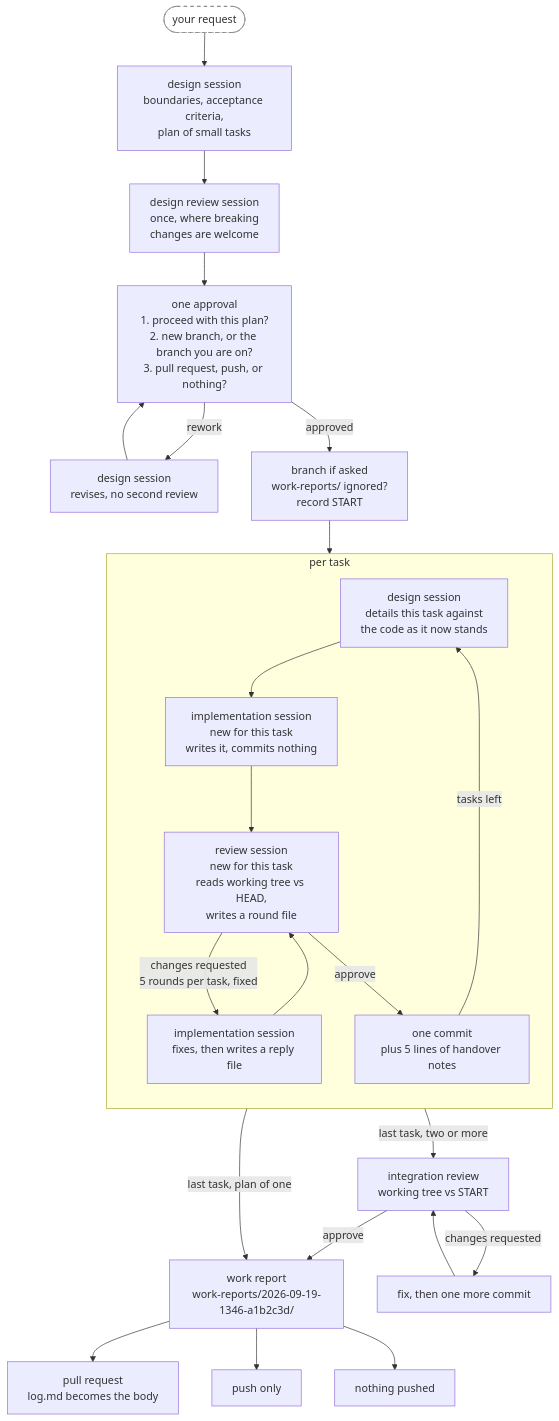
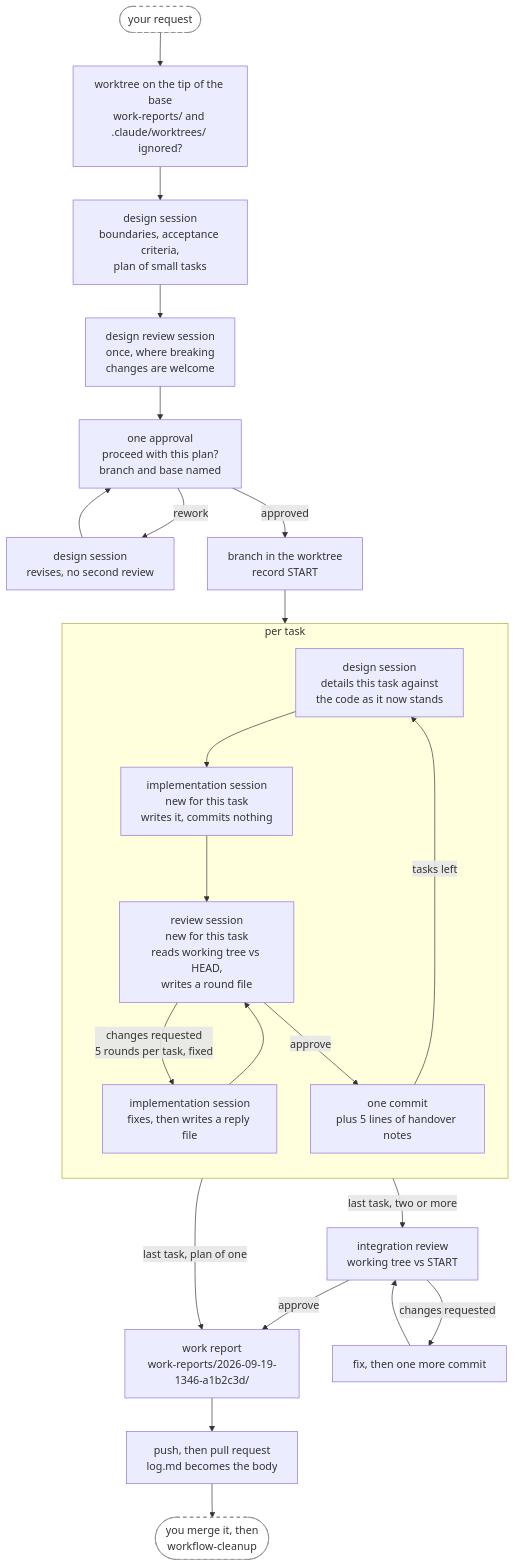
Before and after one commit to annetaan/claude-plugins: the second of 4 diagrams in plugins/annetaan/README.md, drawn with Mermaid. The commit also changed other lines of this file and 7 other files, not shown here.

First line of the commit message:
feat: run standalone workflow in a worktree, always open a pull request, and add workflow-cleanup (#44)

````diff
--- a/plugins/annetaan/README.md
+++ b/plugins/annetaan/README.md
@@ -112,34 +113,33 @@
 ```mermaid
 flowchart TD
-    req(["your request"]) --> design["design session<br/>boundaries, acceptance criteria,<br/>plan of small tasks"]
-    design --> dreview["design review session<br/>once, where breaking<br/>changes are welcome"] --> ask["one approval<br/>1. proceed with this plan?<br/>2. new branch, or the branch you are on?<br/>3. pull request, push, or nothing?"]
+    req(["your request"]) --> wt["worktree on the tip of the base<br/>work-reports/ and .claude/worktrees/ ignored?"] --> design["design session<br/>boundaries, acceptance criteria,<br/>plan of small tasks"]
+    design --> dreview["design review session<br/>once, where breaking<br/>changes are welcome"] --> ask["one approval<br/>proceed with this plan?<br/>branch and base named"]
     ask -->|rework| redo["design session<br/>revises, no second review"] --> ask
-    ask -->|approved| setup["branch if asked<br/>work-reports/ ignored?<br/>record START"]
+    ask -->|approved| setup["branch in the worktree<br/>record START"]
     setup --> detail
 
     subgraph task["per task"]
         direction TB
         detail["design session<br/>details this task against<br/>the code as it now stands"]
         impl["implementation session<br/>new for this task<br/>writes it, commits nothing"]
         review["review session<br/>new for this task<br/>reads working tree vs HEAD,<br/>writes a round file"]
         respond["implementation session<br/>fixes, then writes a reply file"]
         commit["one commit<br/>plus 5 lines of handover notes"]
         detail --> impl --> review
         review -->|"changes requested<br/>5 rounds per task, fixed"| respond
         respond --> review
         review -->|approve| commit
         commit -->|tasks left| detail
     end
 
     commit -->|"last task, two or more"| integ["integration review<br/>working tree vs START"]
     commit -->|"last task, plan of one"| report
     integ -->|changes requested| integfix["fix, then one more commit"]
     integfix --> integ
     integ -->|approve| report["work report<br/>work-reports/2026-09-19-1346-a1b2c3d/"]
-    report --> pr["pull request<br/>log.md becomes the body"]
-    report --> push["push only"]
-    report --> local["nothing pushed"]
+    report --> pr["push, then pull request<br/>log.md becomes the body"]
+    pr --> clean(["you merge it, then<br/>workflow-cleanup"])
 
     classDef human fill:#fff,stroke:#888,stroke-dasharray: 5 5
-    class req human
+    class req,clean human
 ```
````
